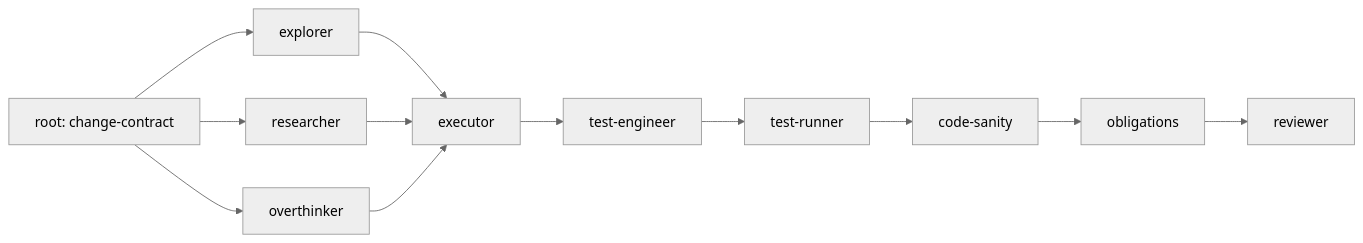
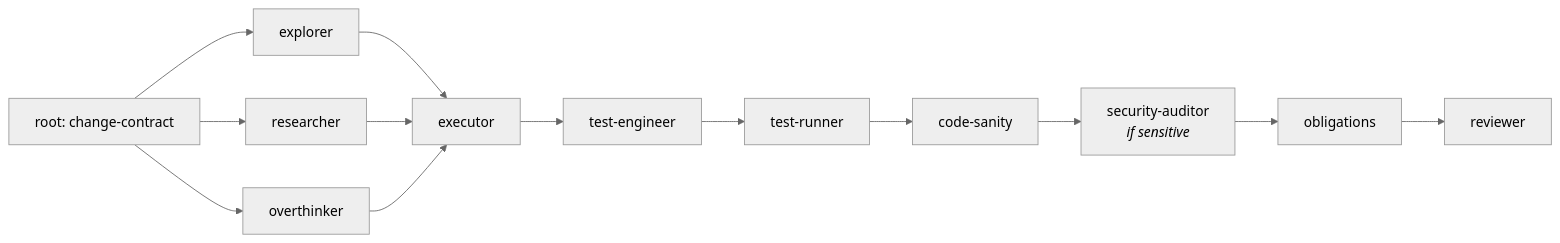
Before and after one commit to xtrm-dev/specialists: the fourth of 14 diagrams in docs/design/chain-templates.md, drawn with Mermaid (neutral theme). The commit also changed other lines of this file and 5 other files, not shown here.

````diff
--- a/docs/design/chain-templates.md
+++ b/docs/design/chain-templates.md
@@ -90,14 +242,15 @@
 ```mermaid
 flowchart LR
   root[root: change-contract] --> explorer
   root --> researcher
   root --> overthinker
   explorer --> executor
   researcher --> executor
   overthinker --> executor
   executor --> test-engineer
   test-engineer --> test-runner
   test-runner --> code-sanity
-  code-sanity --> obligations
+  code-sanity --> security[security-auditor<br><i>if sensitive</i>]
+  security --> obligations
   obligations --> reviewer
 ```
````
